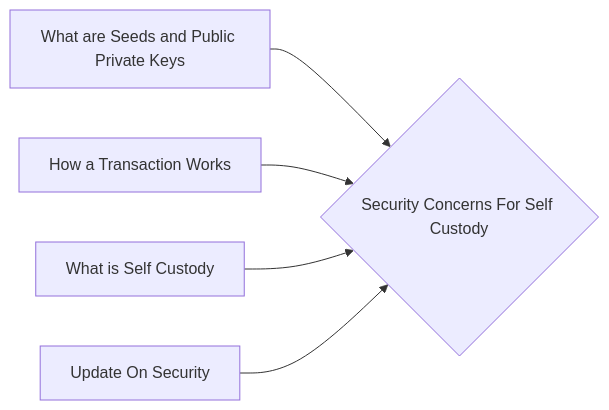
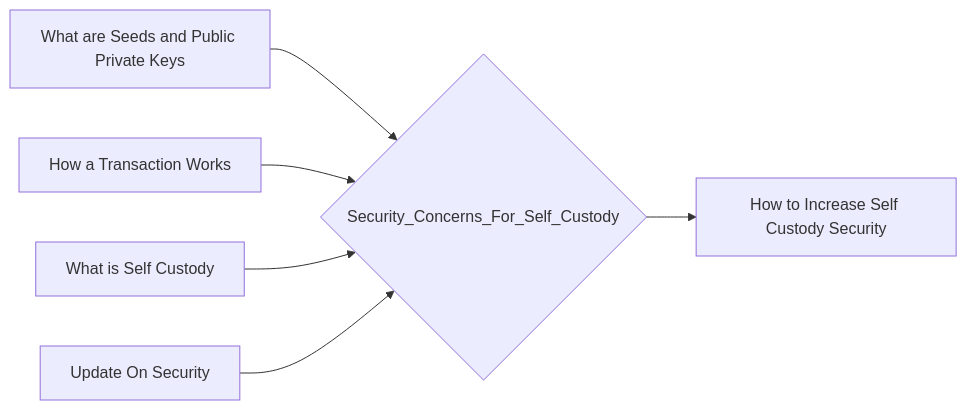
One commit to lpurdy01/crypto-knowledge-map changed the diagram in notes/Security_Concerns_For_Self_Custody.md. Above: the diagram before and after it, drawn with Mermaid. The commit also changed 161 other files, not shown here.

````diff
--- a/notes/Security_Concerns_For_Self_Custody.md
+++ b/notes/Security_Concerns_For_Self_Custody.md
@@ -15,7 +15,8 @@
 ```mermaid
 graph LR
-1["What are Seeds and Public Private Keys"]-->0{"Security Concerns For Self Custody"}
-2["How a Transaction Works"]-->0{"Security Concerns For Self Custody"}
-3["What is Self Custody"]-->0{"Security Concerns For Self Custody"}
-4["Update On Security"]-->0{"Security Concerns For Self Custody"}
+1["What are Seeds and Public Private Keys"]-->0{"Security_Concerns_For_Self_Custody"}
+2["How a Transaction Works"]-->0{"Security_Concerns_For_Self_Custody"}
+3["What is Self Custody"]-->0{"Security_Concerns_For_Self_Custody"}
+4["Update On Security"]-->0{"Security_Concerns_For_Self_Custody"}
+0{"Security_Concerns_For_Self_Custody"}-->5["How to Increase Self Custody Security"]
 ```
````
